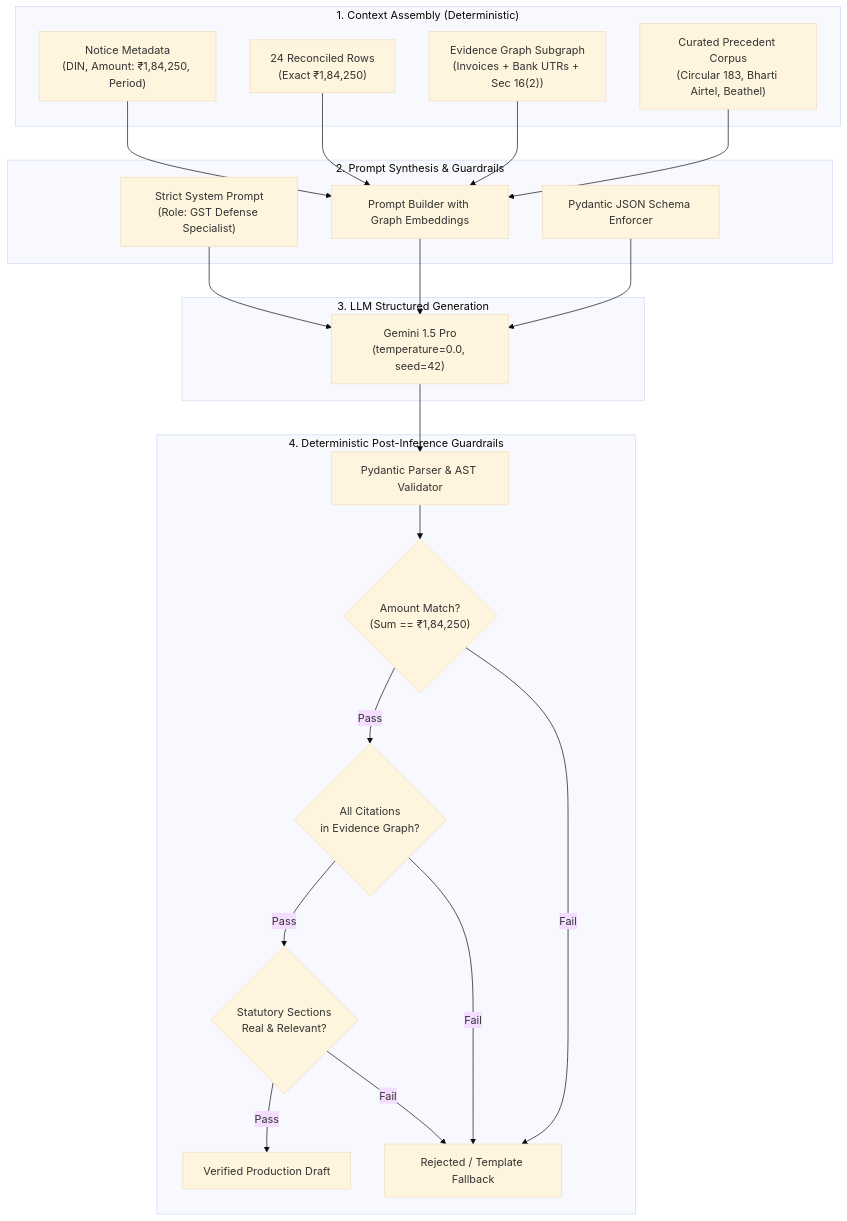
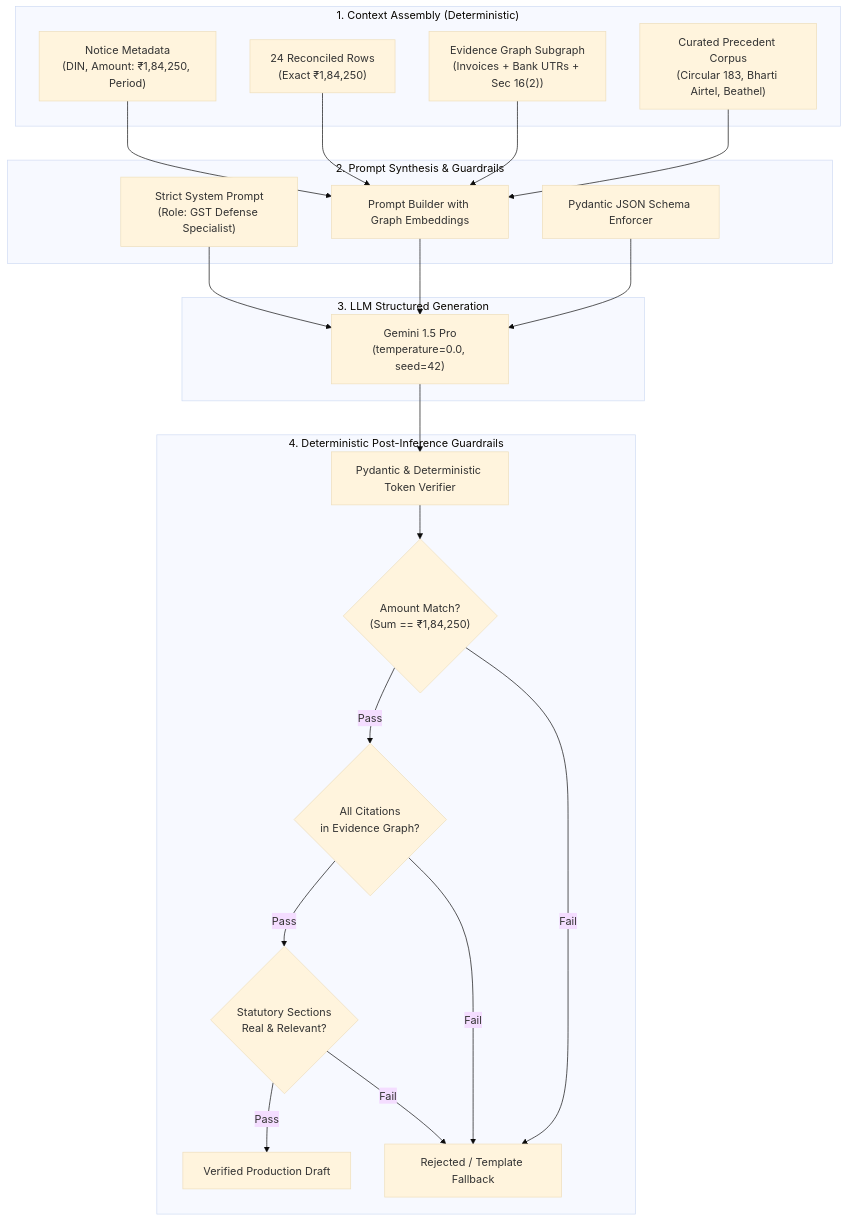
One commit to nikhilkunte645-maker/DHAAL-GST-SHEILD changed the diagram in DHAAL_2_AI_DESIGN.md. Above: the diagram before and after it, drawn with Mermaid (base theme). The commit also changed other lines of this file and 24 other files, not shown here.

````diff
--- a/DHAAL_2_AI_DESIGN.md
+++ b/DHAAL_2_AI_DESIGN.md
@@ -45,39 +45,39 @@
 ```mermaid
 flowchart TD
     subgraph InputStage["1. Context Assembly (Deterministic)"]
         NoticeData["Notice Metadata\n(DIN, Amount: ₹1,84,250, Period)"]
         RecRows["24 Reconciled Rows\n(Exact ₹1,84,250)"]
         GraphCtx["Evidence Graph Subgraph\n(Invoices + Bank UTRs + Sec 16(2))"]
         PrecedentDB["Curated Precedent Corpus\n(Circular 183, Bharti Airtel, Beathel)"]
     end
 
     subgraph PromptStage["2. Prompt Synthesis & Guardrails"]
         SystemPrompt["Strict System Prompt\n(Role: GST Defense Specialist)"]
         ContextAssembler["Prompt Builder with Graph Embeddings"]
         JSONSchema["Pydantic JSON Schema Enforcer"]
     end
 
     subgraph InferenceStage["3. LLM Structured Generation"]
         LLM["Gemini 1.5 Pro\n(temperature=0.0, seed=42)"]
     end
 
     subgraph VerificationStage["4. Deterministic Post-Inference Guardrails"]
-        AST_Parser["Pydantic Parser & AST Validator"]
+        Token_Verifier["Pydantic & Deterministic Token Verifier"]
         NumCheck{"Amount Match?\n(Sum == ₹1,84,250)"}
         CiteCheck{"All Citations\nin Evidence Graph?"}
         LawCheck{"Statutory Sections\nReal & Relevant?"}
         ApprovedDraft["Verified Production Draft"]
         FlaggedDraft["Rejected / Template Fallback"]
     end
 
     NoticeData & RecRows & GraphCtx & PrecedentDB --> ContextAssembler
     SystemPrompt & ContextAssembler & JSONSchema --> LLM
-    LLM --> AST_Parser
-    AST_Parser --> NumCheck
+    LLM --> Token_Verifier
+    Token_Verifier --> NumCheck
     NumCheck -- Pass --> CiteCheck
     CiteCheck -- Pass --> LawCheck
     LawCheck -- Pass --> ApprovedDraft
     NumCheck -- Fail --> FlaggedDraft
     CiteCheck -- Fail --> FlaggedDraft
     LawCheck -- Fail --> FlaggedDraft
 ```
````
